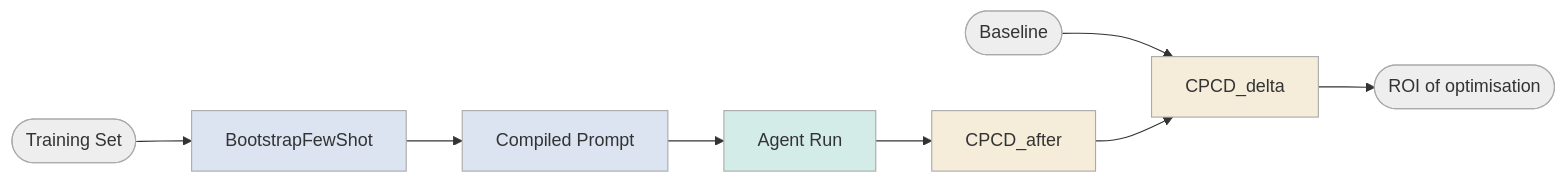
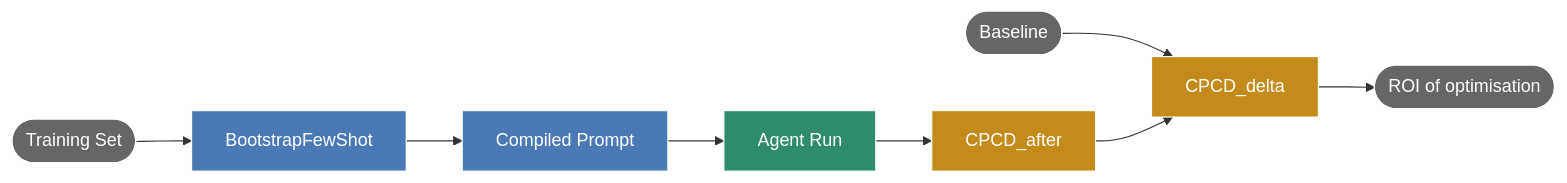
Before and after one commit to inbravo/agent-bench: the diagram in self-improvement/[prompt-opt]-[dspy]-[ollama]/README.md, drawn with Mermaid. The commit also changed 10 other files, not shown here.

First line of the commit message:
fix: improve Mermaid diagram contrast for GitHub dark mode

````diff
--- a/self-improvement/[prompt-opt]-[dspy]-[ollama]/README.md
+++ b/self-improvement/[prompt-opt]-[dspy]-[ollama]/README.md
@@ -13,19 +13,19 @@
 ```mermaid
 flowchart LR
     A([Training Set]) --> B[BootstrapFewShot]
     B --> C[Compiled Prompt]
     C --> D[Agent Run]
     D --> E[CPCD_after]
     F([Baseline]) --> G[CPCD_delta]
     E --> G
     G --> H([ROI of optimisation])
 
-    style A fill:#eeeeee,stroke:#aaa
-    style B fill:#dbe4f0,stroke:#aaa
-    style C fill:#dbe4f0,stroke:#aaa
-    style D fill:#d4ece8,stroke:#aaa
-    style E fill:#f5edda,stroke:#aaa
-    style F fill:#eeeeee,stroke:#aaa
-    style G fill:#f5edda,stroke:#aaa
-    style H fill:#eeeeee,stroke:#aaa
+    style A fill:#666666,stroke:#fff,color:#fff
+    style B fill:#4a7ab5,stroke:#fff,color:#fff
+    style C fill:#4a7ab5,stroke:#fff,color:#fff
+    style D fill:#2e8b6e,stroke:#fff,color:#fff
+    style E fill:#c48a1a,stroke:#fff,color:#fff
+    style F fill:#666666,stroke:#fff,color:#fff
+    style G fill:#c48a1a,stroke:#fff,color:#fff
+    style H fill:#666666,stroke:#fff,color:#fff
 ```
````
